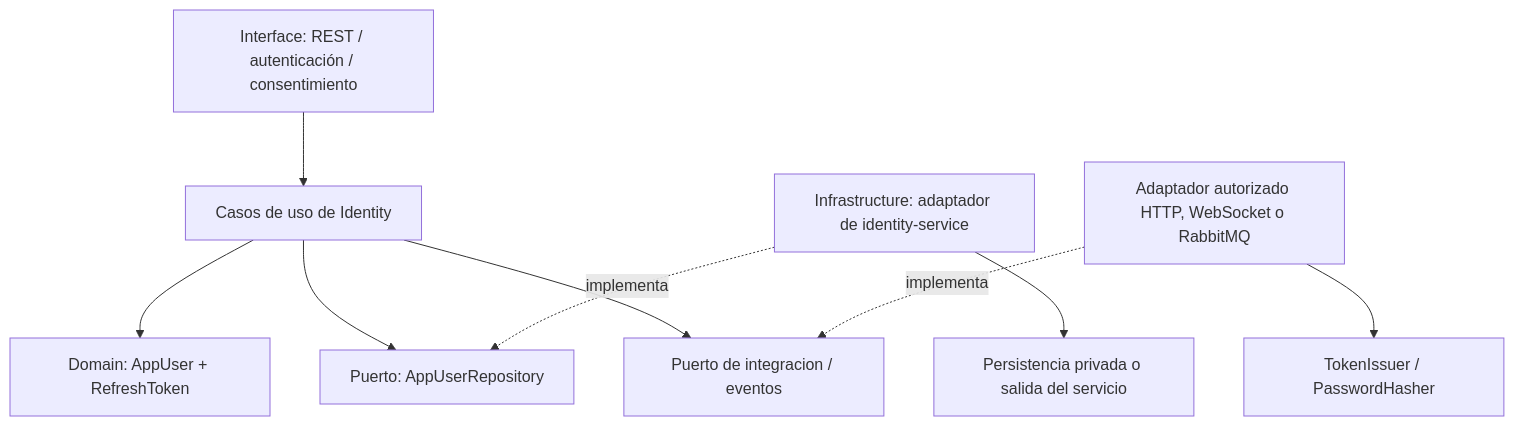
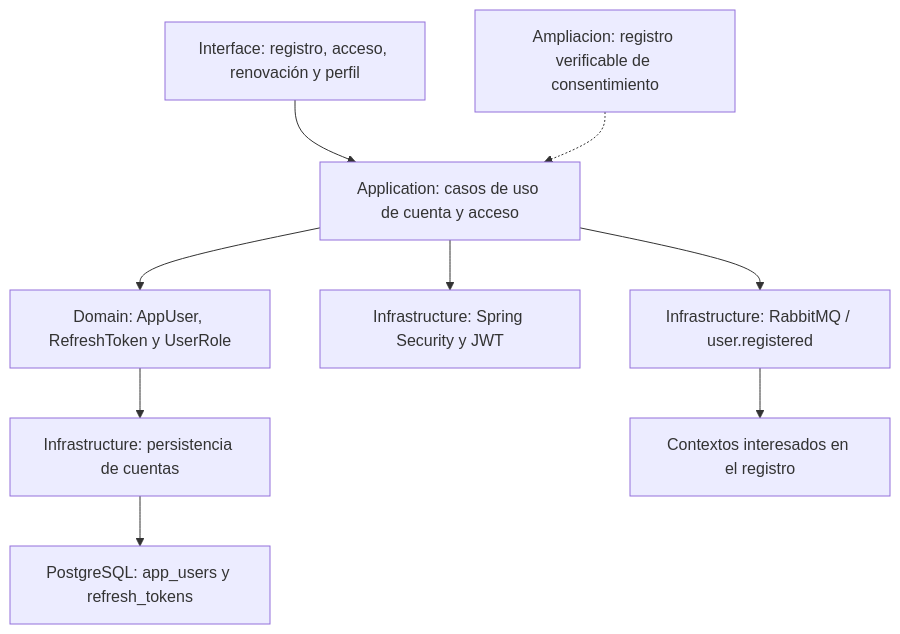
One commit to upc-pre-202620-si728-16365-thropic/talki-project-report changed the diagram in assets/diagrams/tactical/08-identity-access-components.mmd. Above: the diagram before and after it, drawn with Mermaid. The commit also changed 20 other files, not shown here.

```diff
--- a/assets/diagrams/tactical/08-identity-access-components.mmd
+++ b/assets/diagrams/tactical/08-identity-access-components.mmd
@@ -1,9 +1,9 @@
 flowchart TB
-    input["Interface: REST / autenticación / consentimiento"] --> app["Casos de uso de Identity"]
-    app --> domain["Domain: AppUser + RefreshToken"]
-    app --> port["Puerto: AppUserRepository"]
-    adapter["Infrastructure: adaptador de identity-service"] -. implementa .-> port
-    adapter --> resource["Persistencia privada o salida del servicio"]
-    app --> integration["Puerto de integracion / eventos"]
-    infrastructure["Adaptador autorizado HTTP, WebSocket o RabbitMQ"] -. implementa .-> integration
-    infrastructure --> external["TokenIssuer / PasswordHasher"]
+  input["Interface: registro, acceso, renovación y perfil"] --> app["Application: casos de uso de cuenta y acceso"]
+  app --> model["Domain: AppUser, RefreshToken y UserRole"]
+  app --> security["Infrastructure: Spring Security y JWT"]
+  model --> repo["Infrastructure: persistencia de cuentas"]
+  repo --> db["PostgreSQL: app_users y refresh_tokens"]
+  app --> broker["Infrastructure: RabbitMQ / user.registered"]
+  broker --> others["Contextos interesados en el registro"]
+  consent["Ampliacion: registro verificable de consentimiento"] -.-> app
```
